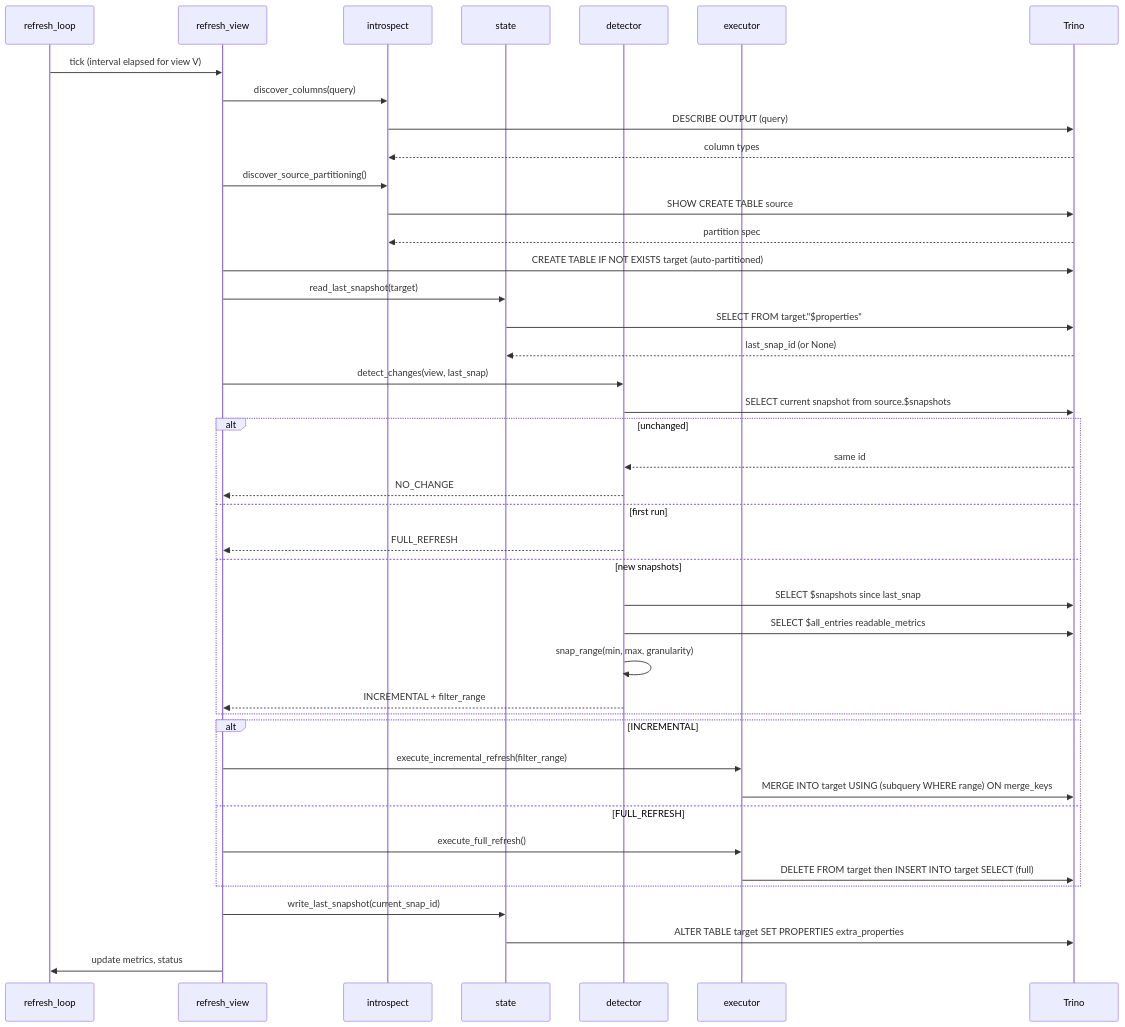
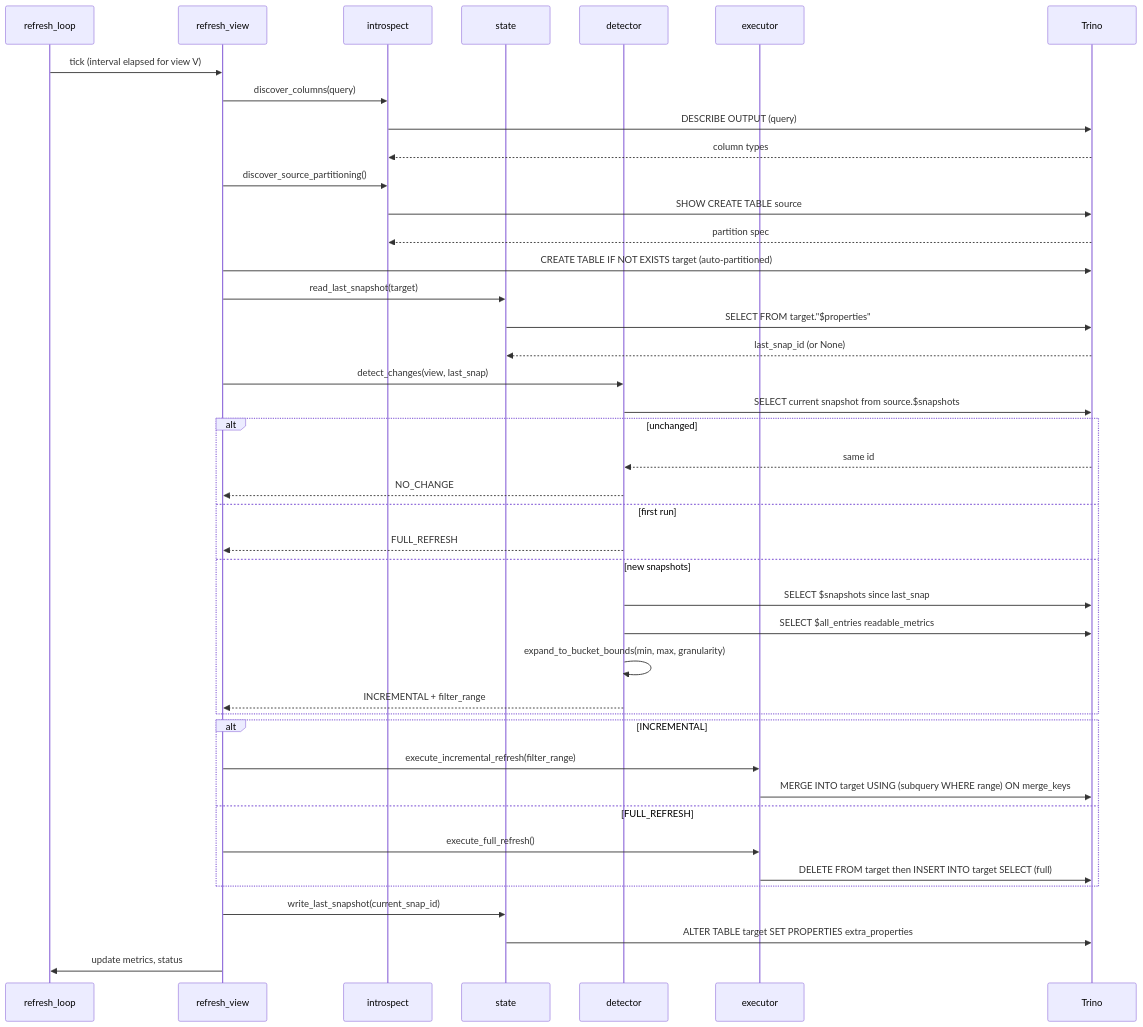
The fourth of 11 diagrams in LEARNING_GUIDE.md (jonasbrami/iceberg-ivm), drawn with Mermaid before and after one commit. The commit also changed other lines of this file and 7 other files, not shown here.

First line of the commit message:
refactor: rename snap_range to expand_to_bucket_bounds

````diff
--- a/LEARNING_GUIDE.md
+++ b/LEARNING_GUIDE.md
@@ -89,49 +89,49 @@
 ```mermaid
 sequenceDiagram
     participant L as refresh_loop
     participant R as refresh_view
     participant I as introspect
     participant ST as state
     participant D as detector
     participant E as executor
     participant T as Trino
 
     L->>R: tick (interval elapsed for view V)
     R->>I: discover_columns(query)
     I->>T: DESCRIBE OUTPUT (query)
     T-->>I: column types
     R->>I: discover_source_partitioning()
     I->>T: SHOW CREATE TABLE source
     T-->>I: partition spec
     R->>T: CREATE TABLE IF NOT EXISTS target (auto-partitioned)
 
     R->>ST: read_last_snapshot(target)
     ST->>T: SELECT FROM target."$properties"
     T-->>ST: last_snap_id (or None)
 
     R->>D: detect_changes(view, last_snap)
     D->>T: SELECT current snapshot from source.$snapshots
     alt unchanged
         T-->>D: same id
         D-->>R: NO_CHANGE
     else first run
         D-->>R: FULL_REFRESH
     else new snapshots
         D->>T: SELECT $snapshots since last_snap
         D->>T: SELECT $all_entries readable_metrics
-        D->>D: snap_range(min, max, granularity)
+        D->>D: expand_to_bucket_bounds(min, max, granularity)
         D-->>R: INCREMENTAL + filter_range
     end
 
     alt INCREMENTAL
         R->>E: execute_incremental_refresh(filter_range)
         E->>T: MERGE INTO target USING (subquery WHERE range) ON merge_keys
     else FULL_REFRESH
         R->>E: execute_full_refresh()
         E->>T: DELETE FROM target then INSERT INTO target SELECT (full)
     end
 
     R->>ST: write_last_snapshot(current_snap_id)
     ST->>T: ALTER TABLE target SET PROPERTIES extra_properties
     R->>L: update metrics, status
 ```
````
